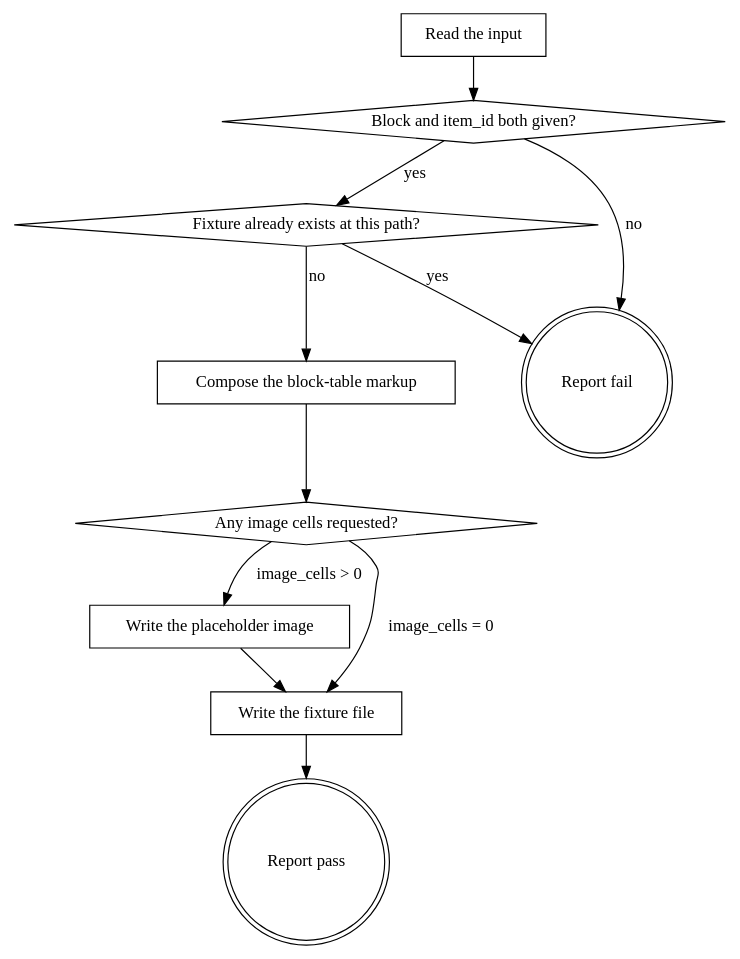
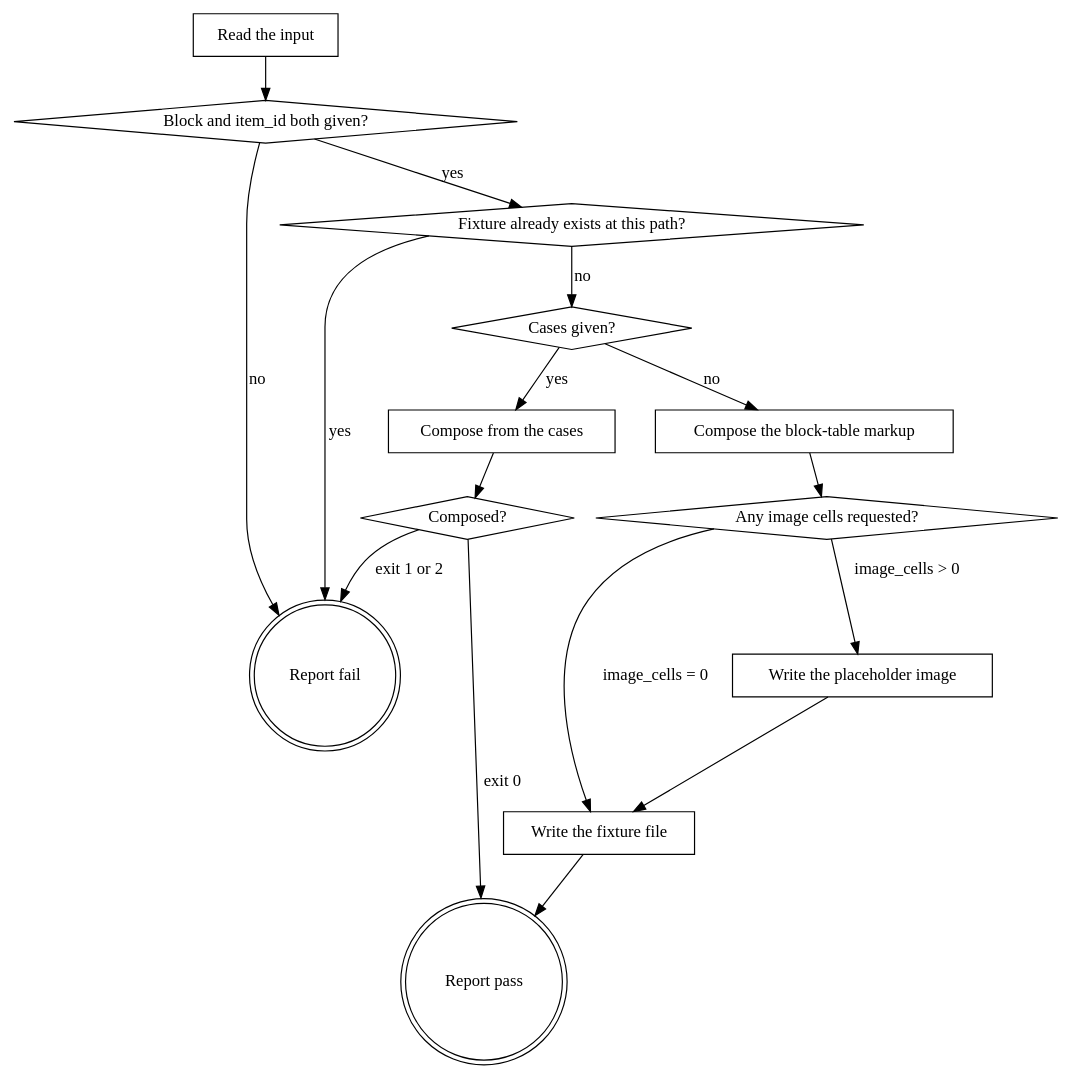
One commit to agenticDraft/plugins changed the diagram in plugins/agentic-eds/skills/eds-fixture/SKILL.md. Above: the diagram before and after it, drawn with Graphviz. The commit also changed other lines of this file and 30 other files, not shown here.

````diff
--- a/plugins/agentic-eds/skills/eds-fixture/SKILL.md
+++ b/plugins/agentic-eds/skills/eds-fixture/SKILL.md
@@ -55,24 +65,32 @@
 ```dot
 digraph eds_fixture {
     "Read the input" [shape=box];
     "Block and item_id both given?" [shape=diamond];
     "Fixture already exists at this path?" [shape=diamond];
+    "Cases given?" [shape=diamond];
+    "Compose from the cases" [shape=box];
+    "Composed?" [shape=diamond];
     "Compose the block-table markup" [shape=box];
     "Any image cells requested?" [shape=diamond];
     "Write the placeholder image" [shape=box];
     "Write the fixture file" [shape=box];
     "Report fail" [shape=doublecircle];
     "Report pass" [shape=doublecircle];
 
     "Read the input" -> "Block and item_id both given?";
     "Block and item_id both given?" -> "Fixture already exists at this path?" [label="yes"];
     "Block and item_id both given?" -> "Report fail" [label="no"];
     "Fixture already exists at this path?" -> "Report fail" [label="yes"];
-    "Fixture already exists at this path?" -> "Compose the block-table markup" [label="no"];
+    "Fixture already exists at this path?" -> "Cases given?" [label="no"];
+    "Cases given?" -> "Compose from the cases" [label="yes"];
+    "Cases given?" -> "Compose the block-table markup" [label="no"];
+    "Compose from the cases" -> "Composed?";
+    "Composed?" -> "Report pass" [label="exit 0"];
+    "Composed?" -> "Report fail" [label="exit 1 or 2"];
     "Compose the block-table markup" -> "Any image cells requested?";
     "Any image cells requested?" -> "Write the placeholder image" [label="image_cells > 0"];
     "Any image cells requested?" -> "Write the fixture file" [label="image_cells = 0"];
     "Write the placeholder image" -> "Write the fixture file";
     "Write the fixture file" -> "Report pass";
 }
 ```
````
